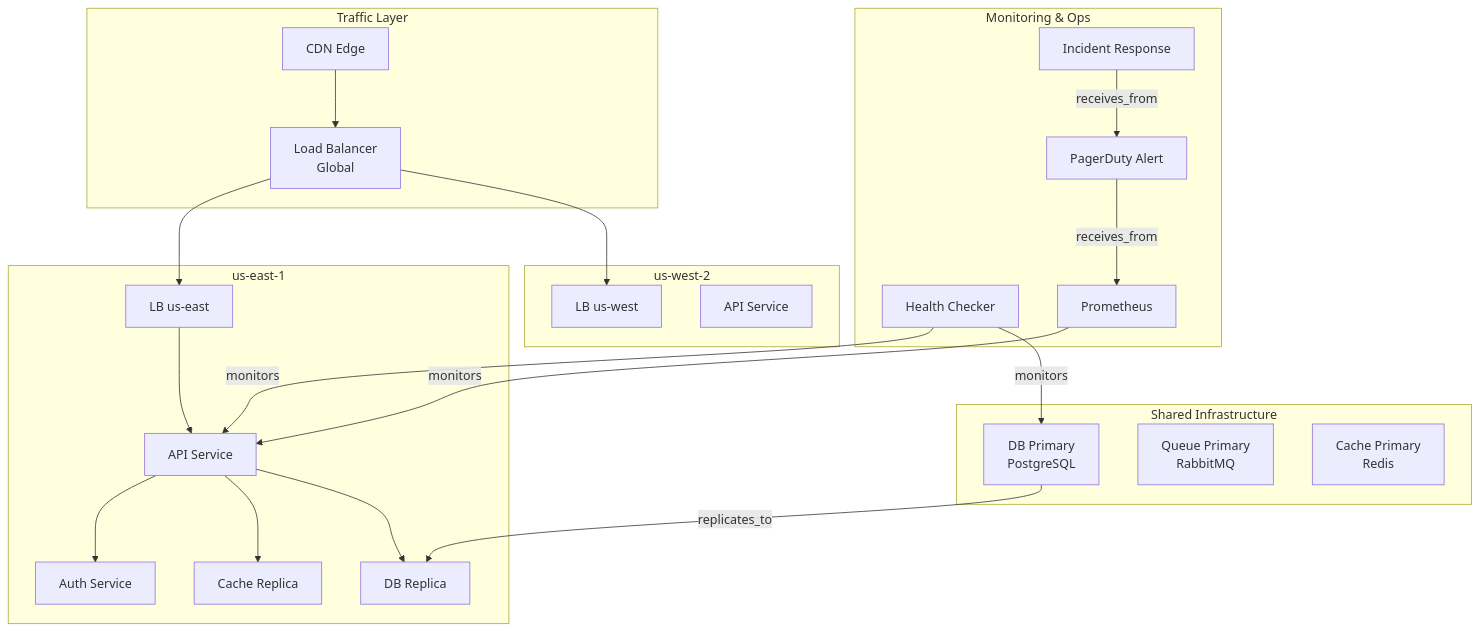
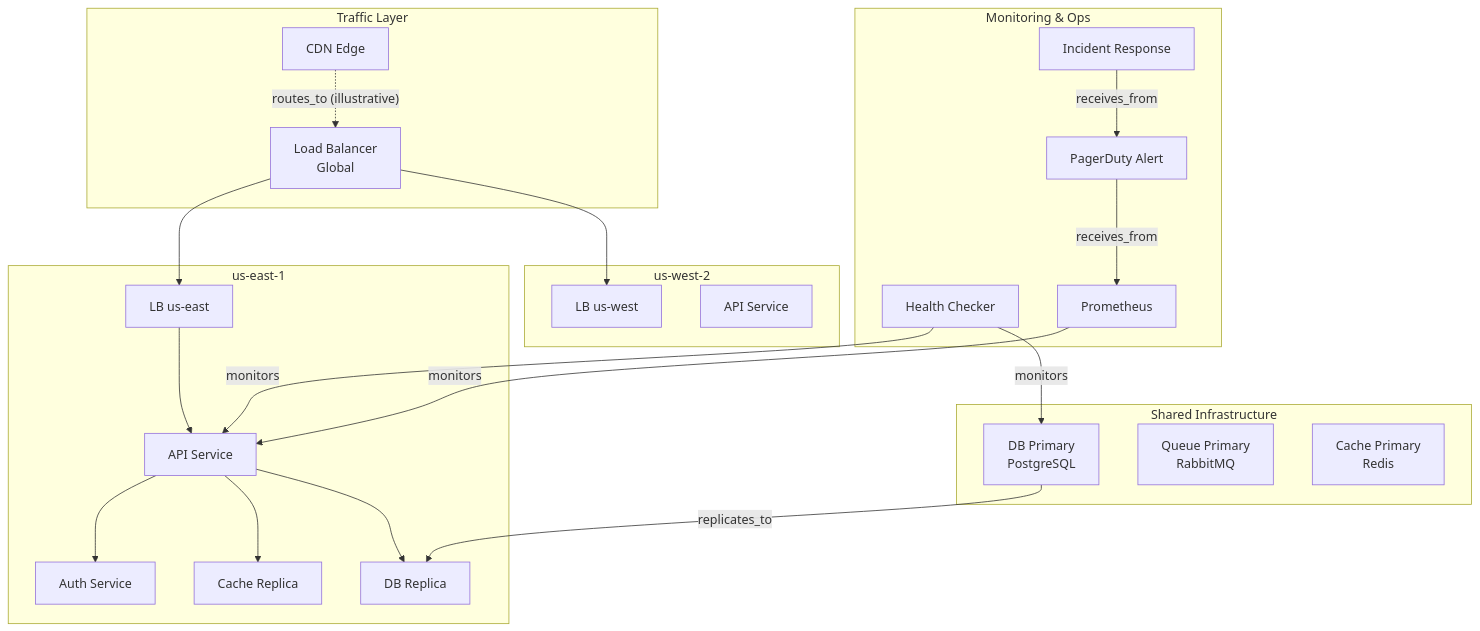
The first of 2 diagrams in examples/showcase/reasoning/multiway_reasoning/README.md (antquinonez/Hyper3), drawn with Mermaid before and after one commit. The commit also changed other lines of this file and 3 other files, not shown here.

````diff
--- a/examples/showcase/reasoning/multiway_reasoning/README.md
+++ b/examples/showcase/reasoning/multiway_reasoning/README.md
@@ -101,47 +101,47 @@
 ```mermaid
 graph TB
     subgraph "Traffic Layer"
         CDN["CDN Edge"]
         LB_G["Load Balancer<br/>Global"]
     end
 
     subgraph "us-east-1"
         LB_E["LB us-east"]
         API_E["API Service"]
         AUTH_E["Auth Service"]
         CACHE_E["Cache Replica"]
         DB_RE["DB Replica"]
     end
 
     subgraph "us-west-2"
         LB_W["LB us-west"]
         API_W["API Service"]
     end
 
     subgraph "Shared Infrastructure"
         DB["DB Primary<br/>PostgreSQL"]
         Q["Queue Primary<br/>RabbitMQ"]
         CACHE["Cache Primary<br/>Redis"]
     end
 
     subgraph "Monitoring & Ops"
         HC["Health Checker"]
         PROM["Prometheus"]
         PD["PagerDuty Alert"]
         IR["Incident Response"]
     end
 
-    CDN --> LB_G
+    CDN -.->|"routes_to (illustrative)"| LB_G
     LB_G --> LB_E
     LB_G --> LB_W
     LB_E --> API_E
     API_E --> AUTH_E
     API_E --> CACHE_E
     API_E --> DB_RE
     DB -->|"replicates_to"| DB_RE
     HC -->|"monitors"| API_E
     HC -->|"monitors"| DB
     PROM -->|"monitors"| API_E
     PD -->|"receives_from"| PROM
     IR -->|"receives_from"| PD
 ```
````
